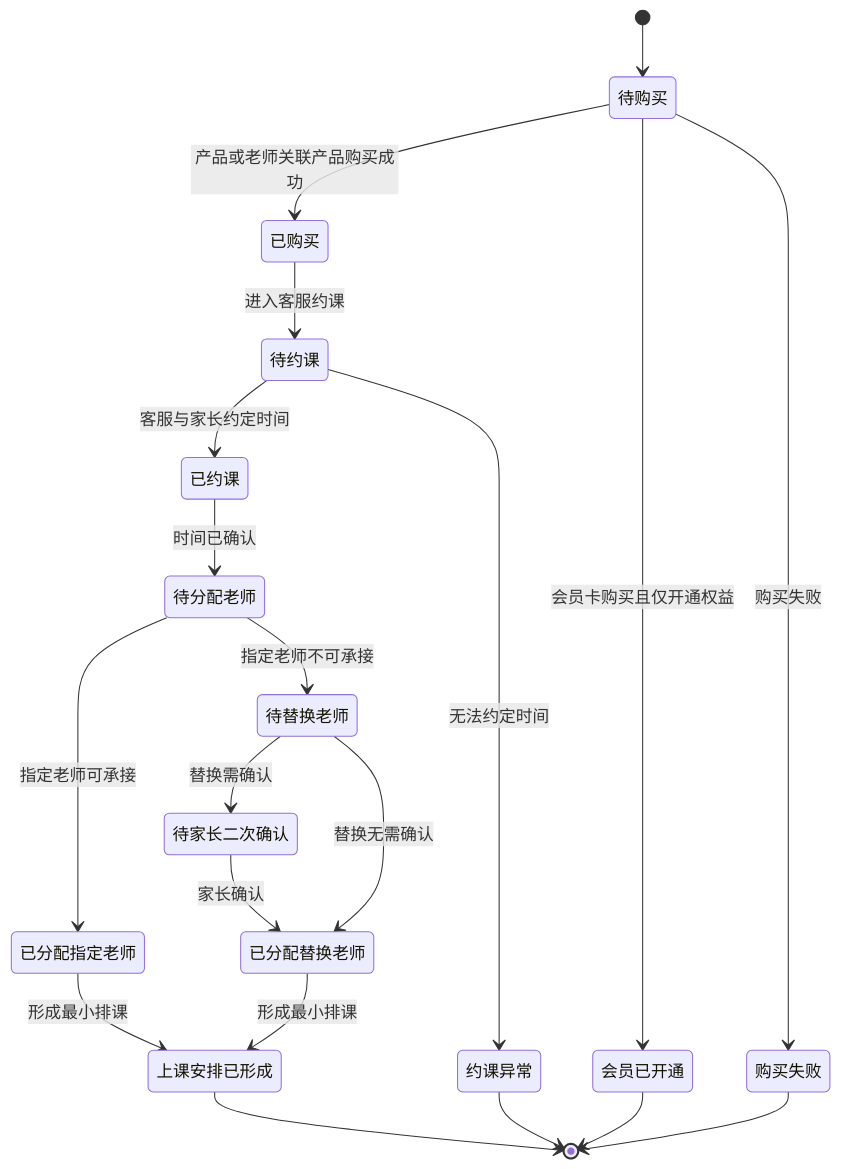
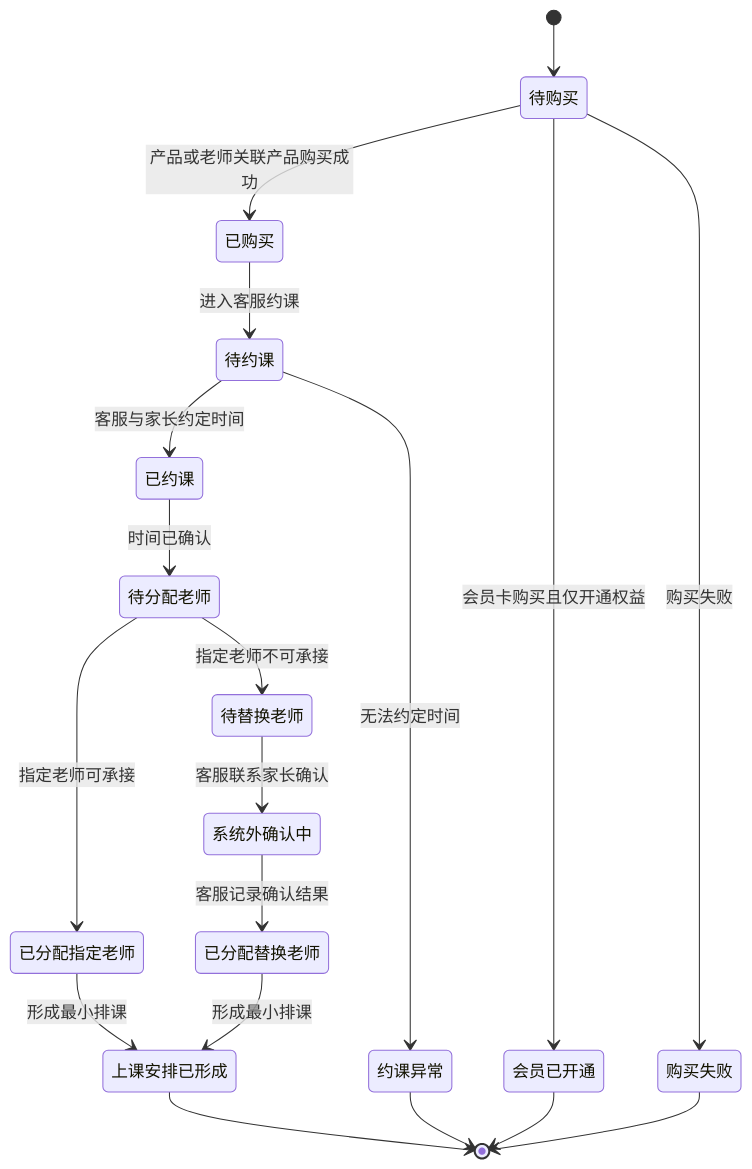
Before and after one commit to xyf394175606-arch/yzb: the third of 5 diagrams in 06_业务流程/业务流程_优坐标B2C流程_v1_20260603.md, drawn with Mermaid. The commit also changed other lines of this file and 6 other files, not shown here.

````diff
--- a/06_业务流程/业务流程_优坐标B2C流程_v1_20260603.md
+++ b/06_业务流程/业务流程_优坐标B2C流程_v1_20260603.md
@@ -248,22 +249,21 @@
 ```mermaid
 stateDiagram-v2
   [*] --> 待购买
   待购买 --> 已购买: 产品或老师关联产品购买成功
   待购买 --> 会员已开通: 会员卡购买且仅开通权益
   待购买 --> 购买失败: 购买失败
   已购买 --> 待约课: 进入客服约课
   待约课 --> 已约课: 客服与家长约定时间
   待约课 --> 约课异常: 无法约定时间
   已约课 --> 待分配老师: 时间已确认
   待分配老师 --> 已分配指定老师: 指定老师可承接
   待分配老师 --> 待替换老师: 指定老师不可承接
-  待替换老师 --> 待家长二次确认: 替换需确认
-  待替换老师 --> 已分配替换老师: 替换无需确认
-  待家长二次确认 --> 已分配替换老师: 家长确认
+  待替换老师 --> 系统外确认中: 客服联系家长确认
+  系统外确认中 --> 已分配替换老师: 客服记录确认结果
   已分配指定老师 --> 上课安排已形成: 形成最小排课
   已分配替换老师 --> 上课安排已形成: 形成最小排课
   会员已开通 --> [*]
   上课安排已形成 --> [*]
   购买失败 --> [*]
   约课异常 --> [*]
 ```
````
